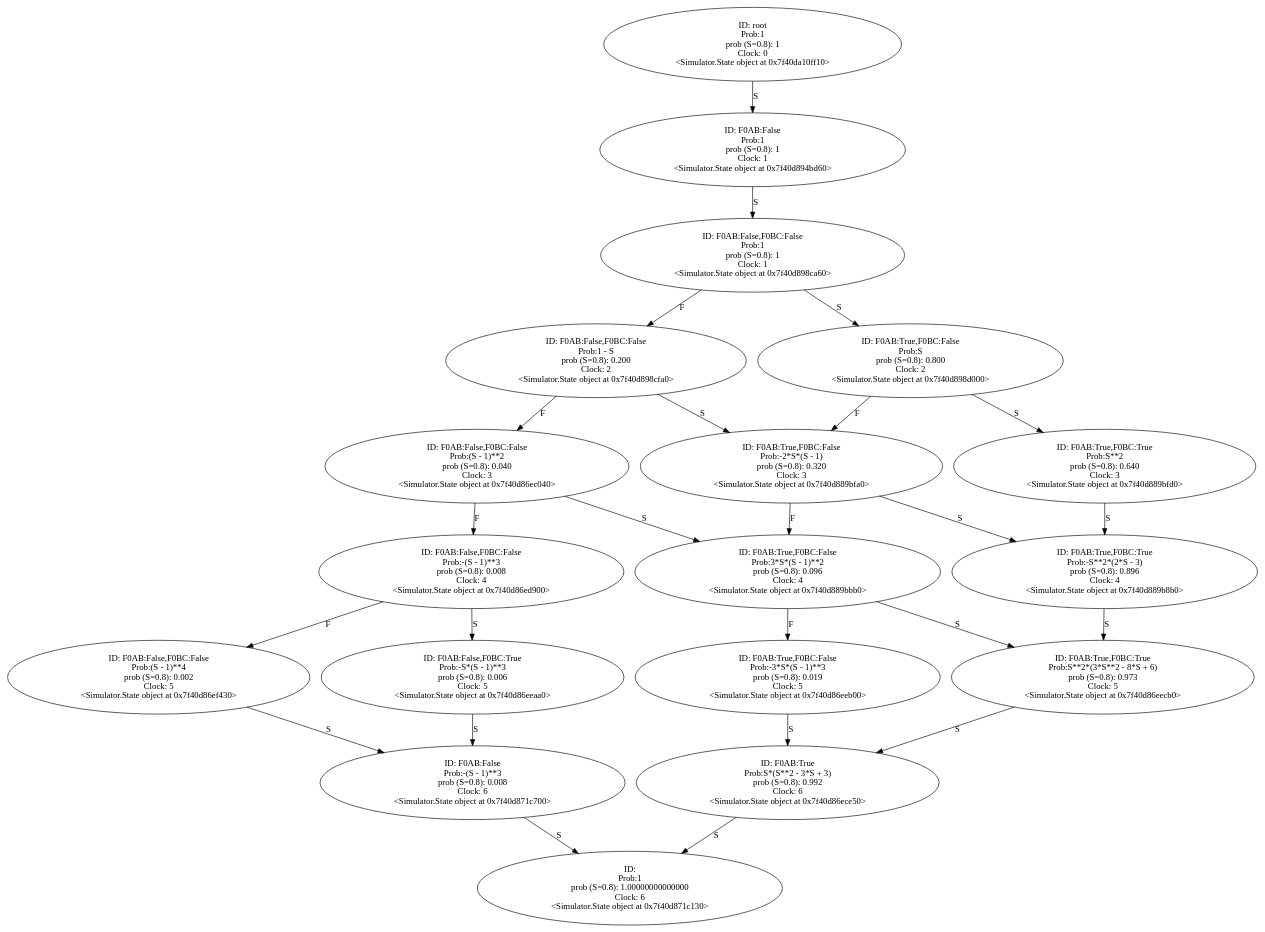
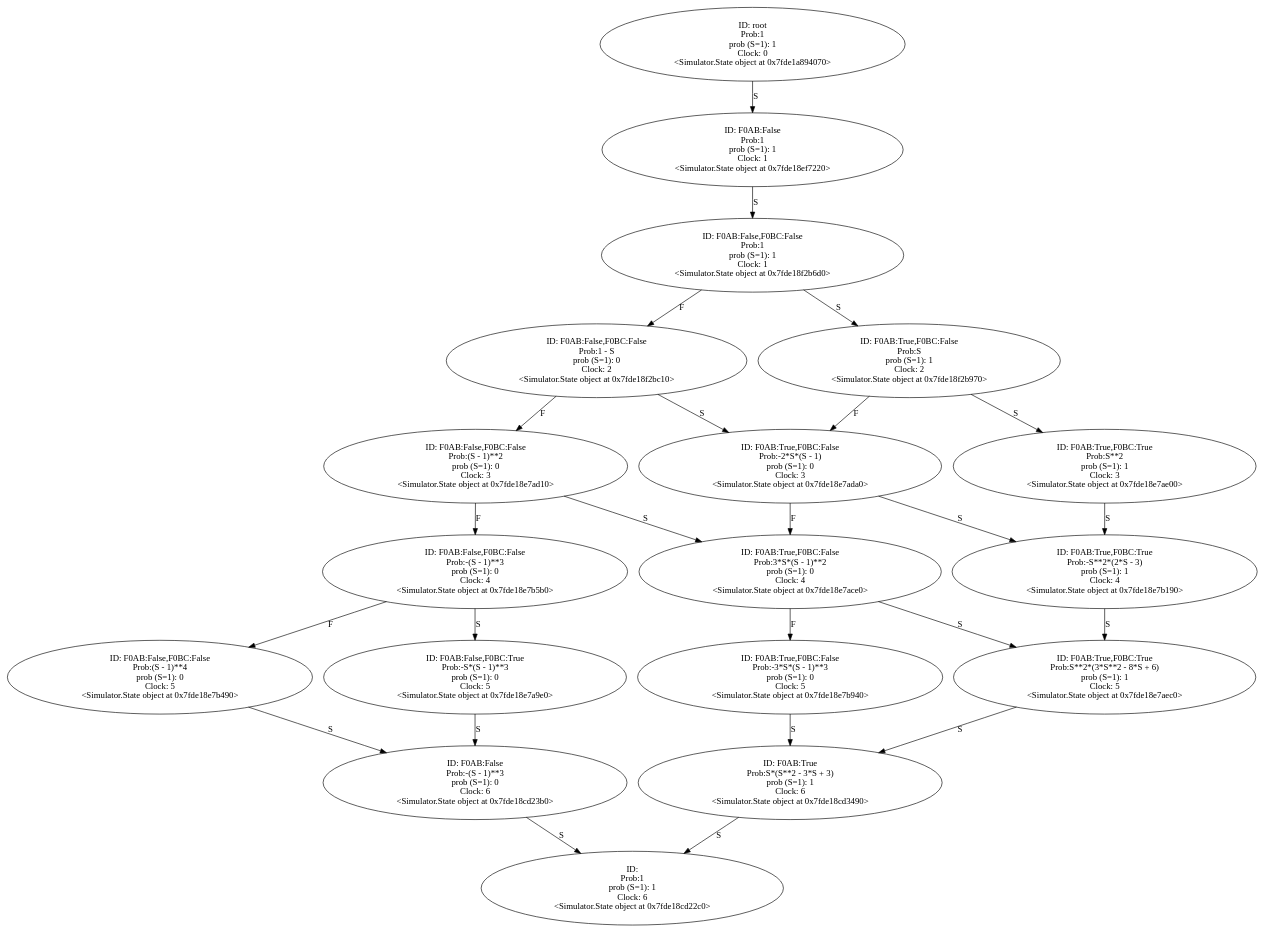
The diagram in Output/full_condition.wrp.gv (YasinBoloorchi/WARP-Simulator), drawn with Graphviz before and after one commit. The commit also changed 9 other files, not shown here.

```diff
--- a/Output/full_condition.wrp.gv
+++ b/Output/full_condition.wrp.gv
@@ -1,116 +1,116 @@
 digraph "./Output/full_condition.wrp" {
-	<Simulator.State object at 0x7f40da10ff10> [label="ID: root
+	<Simulator.State object at 0x7fde1a894070> [label="ID: root
 Prob:1
-prob (S=0.8): 1
+prob (S=1): 1
 Clock: 0
-<Simulator.State object at 0x7f40da10ff10>"]
-	<Simulator.State object at 0x7f40da10ff10> -> <Simulator.State object at 0x7f40d894bd60> [label=S]
-	<Simulator.State object at 0x7f40d894bd60> [label="ID: F0AB:False
+<Simulator.State object at 0x7fde1a894070>"]
+	<Simulator.State object at 0x7fde1a894070> -> <Simulator.State object at 0x7fde18ef7220> [label=S]
+	<Simulator.State object at 0x7fde18ef7220> [label="ID: F0AB:False
 Prob:1
-prob (S=0.8): 1
+prob (S=1): 1
 Clock: 1
-<Simulator.State object at 0x7f40d894bd60>"]
-	<Simulator.State object at 0x7f40d894bd60> -> <Simulator.State object at 0x7f40d898ca60> [label=S]
-	<Simulator.State object at 0x7f40d898ca60> [label="ID: F0AB:False,F0BC:False
+<Simulator.State object at 0x7fde18ef7220>"]
+	<Simulator.State object at 0x7fde18ef7220> -> <Simulator.State object at 0x7fde18f2b6d0> [label=S]
+	<Simulator.State object at 0x7fde18f2b6d0> [label="ID: F0AB:False,F0BC:False
 Prob:1
-prob (S=0.8): 1
+prob (S=1): 1
 Clock: 1
-<Simulator.State object at 0x7f40d898ca60>"]
-	<Simulator.State object at 0x7f40d898ca60> -> <Simulator.State object at 0x7f40d898cfa0> [label=F]
-	<Simulator.State object at 0x7f40d898ca60> -> <Simulator.State object at 0x7f40d898d000> [label=S]
-	<Simulator.State object at 0x7f40d898cfa0> [label="ID: F0AB:False,F0BC:False
+<Simulator.State object at 0x7fde18f2b6d0>"]
+	<Simulator.State object at 0x7fde18f2b6d0> -> <Simulator.State object at 0x7fde18f2bc10> [label=F]
+	<Simulator.State object at 0x7fde18f2b6d0> -> <Simulator.State object at 0x7fde18f2b970> [label=S]
+	<Simulator.State object at 0x7fde18f2bc10> [label="ID: F0AB:False,F0BC:False
 Prob:1 - S
-prob (S=0.8): 0.200
+prob (S=1): 0
 Clock: 2
-<Simulator.State object at 0x7f40d898cfa0>"]
-	<Simulator.State object at 0x7f40d898cfa0> -> <Simulator.State object at 0x7f40d86ec040> [label=F]
-	<Simulator.State object at 0x7f40d898cfa0> -> <Simulator.State object at 0x7f40d889bfa0> [label=S]
-	<Simulator.State object at 0x7f40d898d000> [label="ID: F0AB:True,F0BC:False
+<Simulator.State object at 0x7fde18f2bc10>"]
+	<Simulator.State object at 0x7fde18f2bc10> -> <Simulator.State object at 0x7fde18e7ad10> [label=F]
+	<Simulator.State object at 0x7fde18f2bc10> -> <Simulator.State object at 0x7fde18e7ada0> [label=S]
+	<Simulator.State object at 0x7fde18f2b970> [label="ID: F0AB:True,F0BC:False
 Prob:S
-prob (S=0.8): 0.800
+prob (S=1): 1
 Clock: 2
-<Simulator.State object at 0x7f40d898d000>"]
-	<Simulator.State object at 0x7f40d898d000> -> <Simulator.State object at 0x7f40d889bfa0> [label=F]
-	<Simulator.State object at 0x7f40d898d000> -> <Simulator.State object at 0x7f40d889bfd0> [label=S]
-	<Simulator.State object at 0x7f40d86ec040> [label="ID: F0AB:False,F0BC:False
+<Simulator.State object at 0x7fde18f2b970>"]
+	<Simulator.State object at 0x7fde18f2b970> -> <Simulator.State object at 0x7fde18e7ada0> [label=F]
+	<Simulator.State object at 0x7fde18f2b970> -> <Simulator.State object at 0x7fde18e7ae00> [label=S]
+	<Simulator.State object at 0x7fde18e7ad10> [label="ID: F0AB:False,F0BC:False
 Prob:(S - 1)**2
-prob (S=0.8): 0.040
+prob (S=1): 0
 Clock: 3
-<Simulator.State object at 0x7f40d86ec040>"]
-	<Simulator.State object at 0x7f40d86ec040> -> <Simulator.State object at 0x7f40d86ed900> [label=F]
-	<Simulator.State object at 0x7f40d86ec040> -> <Simulator.State object at 0x7f40d889bbb0> [label=S]
-	<Simulator.State object at 0x7f40d889bfa0> [label="ID: F0AB:True,F0BC:False
+<Simulator.State object at 0x7fde18e7ad10>"]
+	<Simulator.State object at 0x7fde18e7ad10> -> <Simulator.State object at 0x7fde18e7b5b0> [label=F]
+	<Simulator.State object at 0x7fde18e7ad10> -> <Simulator.State object at 0x7fde18e7ace0> [label=S]
+	<Simulator.State object at 0x7fde18e7ada0> [label="ID: F0AB:True,F0BC:False
 Prob:-2*S*(S - 1)
-prob (S=0.8): 0.320
+prob (S=1): 0
 Clock: 3
-<Simulator.State object at 0x7f40d889bfa0>"]
-	<Simulator.State object at 0x7f40d889bfa0> -> <Simulator.State object at 0x7f40d889bbb0> [label=F]
-	<Simulator.State object at 0x7f40d889bfa0> -> <Simulator.State object at 0x7f40d889b8b0> [label=S]
-	<Simulator.State object at 0x7f40d889bfd0> [label="ID: F0AB:True,F0BC:True
+<Simulator.State object at 0x7fde18e7ada0>"]
+	<Simulator.State object at 0x7fde18e7ada0> -> <Simulator.State object at 0x7fde18e7ace0> [label=F]
+	<Simulator.State object at 0x7fde18e7ada0> -> <Simulator.State object at 0x7fde18e7b190> [label=S]
+	<Simulator.State object at 0x7fde18e7ae00> [label="ID: F0AB:True,F0BC:True
 Prob:S**2
-prob (S=0.8): 0.640
+prob (S=1): 1
 Clock: 3
-<Simulator.State object at 0x7f40d889bfd0>"]
-	<Simulator.State object at 0x7f40d889bfd0> -> <Simulator.State object at 0x7f40d889b8b0> [label=S]
-	<Simulator.State object at 0x7f40d86ed900> [label="ID: F0AB:False,F0BC:False
+<Simulator.State object at 0x7fde18e7ae00>"]
+	<Simulator.State object at 0x7fde18e7ae00> -> <Simulator.State object at 0x7fde18e7b190> [label=S]
+	<Simulator.State object at 0x7fde18e7b5b0> [label="ID: F0AB:False,F0BC:False
 Prob:-(S - 1)**3
-prob (S=0.8): 0.008
+prob (S=1): 0
 Clock: 4
-<Simulator.State object at 0x7f40d86ed900>"]
-	<Simulator.State object at 0x7f40d86ed900> -> <Simulator.State object at 0x7f40d86ef430> [label=F]
-	<Simulator.State object at 0x7f40d86ed900> -> <Simulator.State object at 0x7f40d86eeaa0> [label=S]
-	<Simulator.State object at 0x7f40d889bbb0> [label="ID: F0AB:True,F0BC:False
+<Simulator.State object at 0x7fde18e7b5b0>"]
+	<Simulator.State object at 0x7fde18e7b5b0> -> <Simulator.State object at 0x7fde18e7b490> [label=F]
+	<Simulator.State object at 0x7fde18e7b5b0> -> <Simulator.State object at 0x7fde18e7a9e0> [label=S]
+	<Simulator.State object at 0x7fde18e7ace0> [label="ID: F0AB:True,F0BC:False
 Prob:3*S*(S - 1)**2
-prob (S=0.8): 0.096
+prob (S=1): 0
 Clock: 4
-<Simulator.State object at 0x7f40d889bbb0>"]
-	<Simulator.State object at 0x7f40d889bbb0> -> <Simulator.State object at 0x7f40d86eeb00> [label=F]
-	<Simulator.State object at 0x7f40d889bbb0> -> <Simulator.State object at 0x7f40d86eecb0> [label=S]
-	<Simulator.State object at 0x7f40d889b8b0> [label="ID: F0AB:True,F0BC:True
+<Simulator.State object at 0x7fde18e7ace0>"]
+	<Simulator.State object at 0x7fde18e7ace0> -> <Simulator.State object at 0x7fde18e7b940> [label=F]
+	<Simulator.State object at 0x7fde18e7ace0> -> <Simulator.State object at 0x7fde18e7aec0> [label=S]
+	<Simulator.State object at 0x7fde18e7b190> [label="ID: F0AB:True,F0BC:True
 Prob:-S**2*(2*S - 3)
-prob (S=0.8): 0.896
+prob (S=1): 1
 Clock: 4
-<Simulator.State object at 0x7f40d889b8b0>"]
-	<Simulator.State object at 0x7f40d889b8b0> -> <Simulator.State object at 0x7f40d86eecb0> [label=S]
-	<Simulator.State object at 0x7f40d86ef430> [label="ID: F0AB:False,F0BC:False
+<Simulator.State object at 0x7fde18e7b190>"]
+	<Simulator.State object at 0x7fde18e7b190> -> <Simulator.State object at 0x7fde18e7aec0> [label=S]
+	<Simulator.State object at 0x7fde18e7b490> [label="ID: F0AB:False,F0BC:False
 Prob:(S - 1)**4
-prob (S=0.8): 0.002
+prob (S=1): 0
 Clock: 5
-<Simulator.State object at 0x7f40d86ef430>"]
-	<Simulator.State object at 0x7f40d86ef430> -> <Simulator.State object at 0x7f40d871c700> [label=S]
-	<Simulator.State object at 0x7f40d86eeaa0> [label="ID: F0AB:False,F0BC:True
+<Simulator.State object at 0x7fde18e7b490>"]
+	<Simulator.State object at 0x7fde18e7b490> -> <Simulator.State object at 0x7fde18cd23b0> [label=S]
+	<Simulator.State object at 0x7fde18e7a9e0> [label="ID: F0AB:False,F0BC:True
 Prob:-S*(S - 1)**3
-prob (S=0.8): 0.006
+prob (S=1): 0
 Clock: 5
-<Simulator.State object at 0x7f40d86eeaa0>"]
-	<Simulator.State object at 0x7f40d86eeaa0> -> <Simulator.State object at 0x7f40d871c700> [label=S]
-	<Simulator.State object at 0x7f40d86eeb00> [label="ID: F0AB:True,F0BC:False
+<Simulator.State object at 0x7fde18e7a9e0>"]
+	<Simulator.State object at 0x7fde18e7a9e0> -> <Simulator.State object at 0x7fde18cd23b0> [label=S]
+	<Simulator.State object at 0x7fde18e7b940> [label="ID: F0AB:True,F0BC:False
 Prob:-3*S*(S - 1)**3
-prob (S=0.8): 0.019
+prob (S=1): 0
 Clock: 5
-<Simulator.State object at 0x7f40d86eeb00>"]
-	<Simulator.State object at 0x7f40d86eeb00> -> <Simulator.State object at 0x7f40d86ece50> [label=S]
-	<Simulator.State object at 0x7f40d86eecb0> [label="ID: F0AB:True,F0BC:True
+<Simulator.State object at 0x7fde18e7b940>"]
+	<Simulator.State object at 0x7fde18e7b940> -> <Simulator.State object at 0x7fde18cd3490> [label=S]
+	<Simulator.State object at 0x7fde18e7aec0> [label="ID: F0AB:True,F0BC:True
 Prob:S**2*(3*S**2 - 8*S + 6)
-prob (S=0.8): 0.973
+prob (S=1): 1
 Clock: 5
-<Simulator.State object at 0x7f40d86eecb0>"]
-	<Simulator.State object at 0x7f40d86eecb0> -> <Simulator.State object at 0x7f40d86ece50> [label=S]
-	<Simulator.State object at 0x7f40d871c700> [label="ID: F0AB:False
+<Simulator.State object at 0x7fde18e7aec0>"]
+	<Simulator.State object at 0x7fde18e7aec0> -> <Simulator.State object at 0x7fde18cd3490> [label=S]
+	<Simulator.State object at 0x7fde18cd23b0> [label="ID: F0AB:False
 Prob:-(S - 1)**3
-prob (S=0.8): 0.008
+prob (S=1): 0
 Clock: 6
-<Simulator.State object at 0x7f40d871c700>"]
-	<Simulator.State object at 0x7f40d871c700> -> <Simulator.State object at 0x7f40d871c130> [label=S]
-	<Simulator.State object at 0x7f40d86ece50> [label="ID: F0AB:True
+<Simulator.State object at 0x7fde18cd23b0>"]
+	<Simulator.State object at 0x7fde18cd23b0> -> <Simulator.State object at 0x7fde18cd22c0> [label=S]
+	<Simulator.State object at 0x7fde18cd3490> [label="ID: F0AB:True
 Prob:S*(S**2 - 3*S + 3)
-prob (S=0.8): 0.992
+prob (S=1): 1
 Clock: 6
-<Simulator.State object at 0x7f40d86ece50>"]
-	<Simulator.State object at 0x7f40d86ece50> -> <Simulator.State object at 0x7f40d871c130> [label=S]
-	<Simulator.State object at 0x7f40d871c130> [label="ID: 
+<Simulator.State object at 0x7fde18cd3490>"]
+	<Simulator.State object at 0x7fde18cd3490> -> <Simulator.State object at 0x7fde18cd22c0> [label=S]
+	<Simulator.State object at 0x7fde18cd22c0> [label="ID: 
 Prob:1
-prob (S=0.8): 1.00000000000000
+prob (S=1): 1
 Clock: 6
-<Simulator.State object at 0x7f40d871c130>"]
+<Simulator.State object at 0x7fde18cd22c0>"]
 }
```
